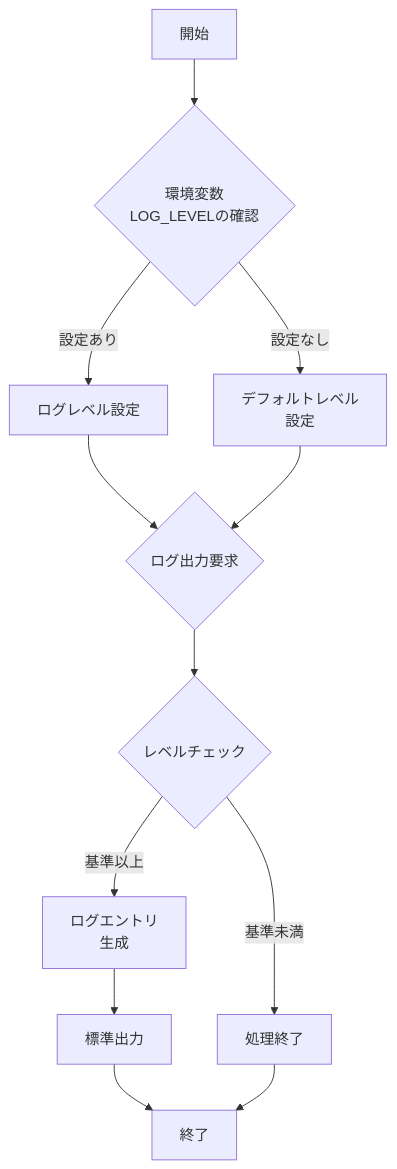
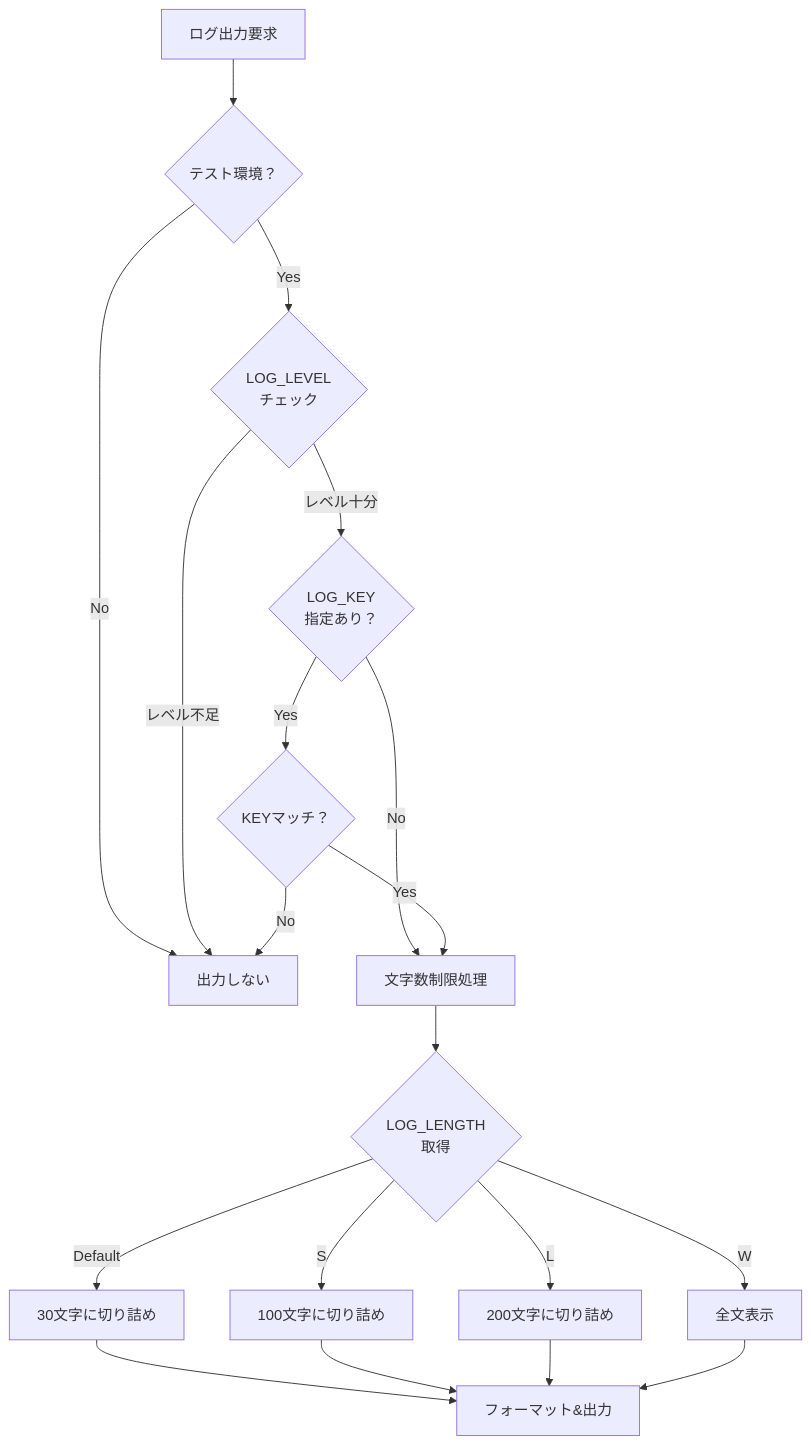
The fourth of 6 diagrams in docs/development.ja.md (tettuan/breakdownlogger), drawn with Mermaid before and after one commit. The commit also changed other lines of this file and 12 other files, not shown here.

````diff
--- a/docs/development.ja.md
+++ b/docs/development.ja.md
@@ -111,14 +156,26 @@
 ```mermaid
 flowchart TD
-    A[開始] --> B{環境変数<br>LOG_LEVELの確認}
-    B -->|設定あり| C[ログレベル設定]
-    B -->|設定なし| D[デフォルトレベル<br>設定]
-    C --> E{ログ出力要求}
-    D --> E
-    E --> F{レベルチェック}
-    F -->|基準以上| G[ログエントリ<br>生成]
-    F -->|基準未満| H[処理終了]
-    G --> I[標準出力]
-    I --> J[終了]
-    H --> J
+    A[ログ出力要求] --> B{テスト環境？}
+    B -->|No| END[出力しない]
+    B -->|Yes| C{LOG_LEVEL<br/>チェック}
+    
+    C -->|レベル不足| END
+    C -->|レベル十分| D{LOG_KEY<br/>指定あり？}
+    
+    D -->|No| E[文字数制限処理]
+    D -->|Yes| F{KEYマッチ？}
+    
+    F -->|No| END
+    F -->|Yes| E
+    
+    E --> G{LOG_LENGTH<br/>取得}
+    G -->|Default| H[30文字に切り詰め]
+    G -->|S| I[100文字に切り詰め]
+    G -->|L| J[200文字に切り詰め]
+    G -->|W| K[全文表示]
+    
+    H --> OUTPUT[フォーマット&出力]
+    I --> OUTPUT
+    J --> OUTPUT
+    K --> OUTPUT
 ```
````
